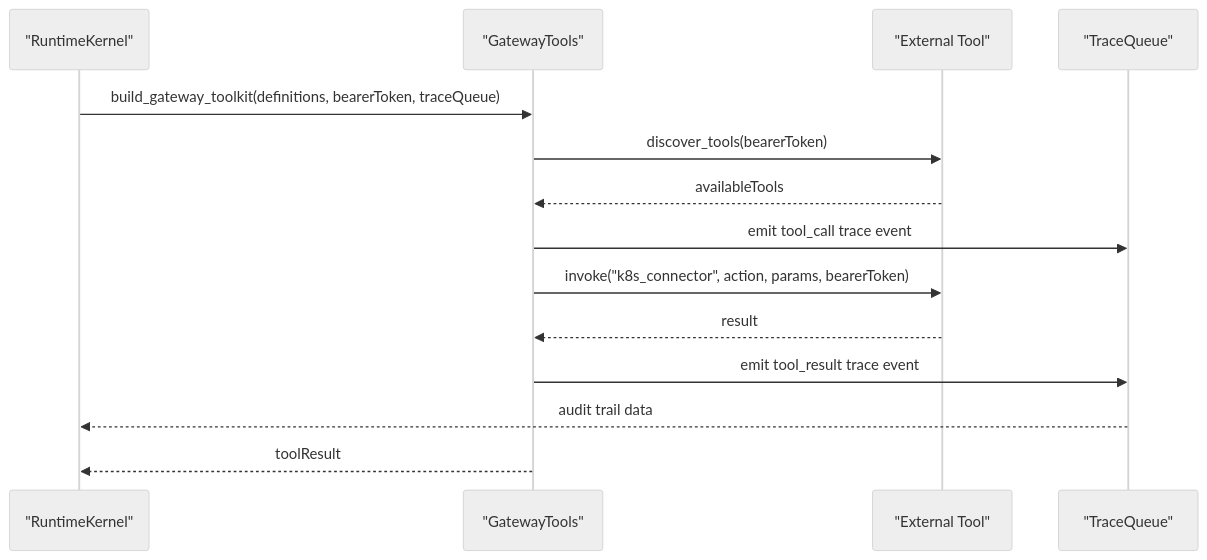
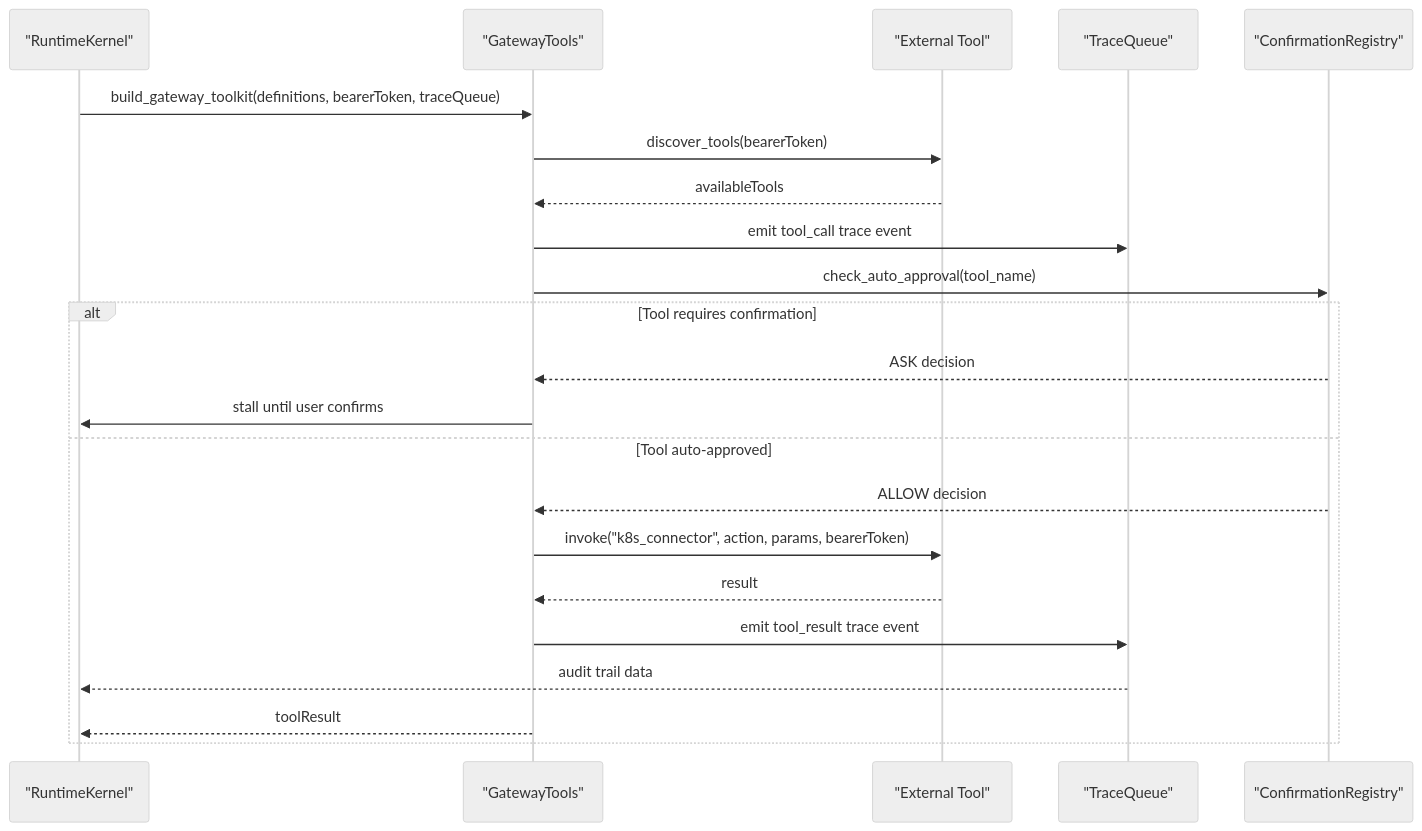
The ninth of 18 diagrams in .qoder/repowiki/en/content/Agent Platform Service/Agent Platform Service.md (metasync/luban-aiops), drawn with Mermaid (neutral theme) before and after one commit. The commit also changed other lines of this file and 33 other files, not shown here.

````diff
--- a/.qoder/repowiki/en/content/Agent Platform Service/Agent Platform Service.md
+++ b/.qoder/repowiki/en/content/Agent Platform Service/Agent Platform Service.md
@@ -401,16 +604,24 @@
 ```mermaid
 sequenceDiagram
 participant Kernel as "RuntimeKernel"
 participant GatewayTools as "GatewayTools"
 participant External as "External Tool"
 participant Trace as "TraceQueue"
+participant HITL as "ConfirmationRegistry"
 Kernel->>GatewayTools : build_gateway_toolkit(definitions, bearerToken, traceQueue)
 GatewayTools->>External : discover_tools(bearerToken)
 External-->>GatewayTools : availableTools
 GatewayTools->>Trace : emit tool_call trace event
+GatewayTools->>HITL : check_auto_approval(tool_name)
+alt Tool requires confirmation
+HITL-->>GatewayTools : ASK decision
+GatewayTools->>Kernel : stall until user confirms
+else Tool auto-approved
+HITL-->>GatewayTools : ALLOW decision
 GatewayTools->>External : invoke("k8s_connector", action, params, bearerToken)
 External-->>GatewayTools : result
 GatewayTools->>Trace : emit tool_result trace event
 Trace-->>Kernel : audit trail data
 GatewayTools-->>Kernel : toolResult
+end
 ```
````
